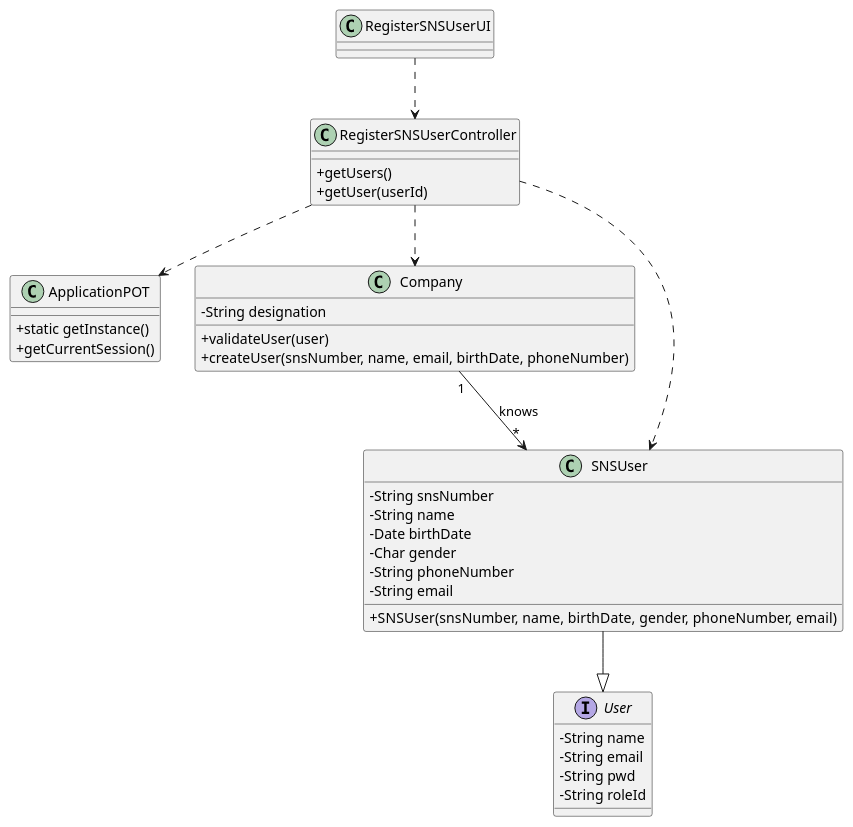
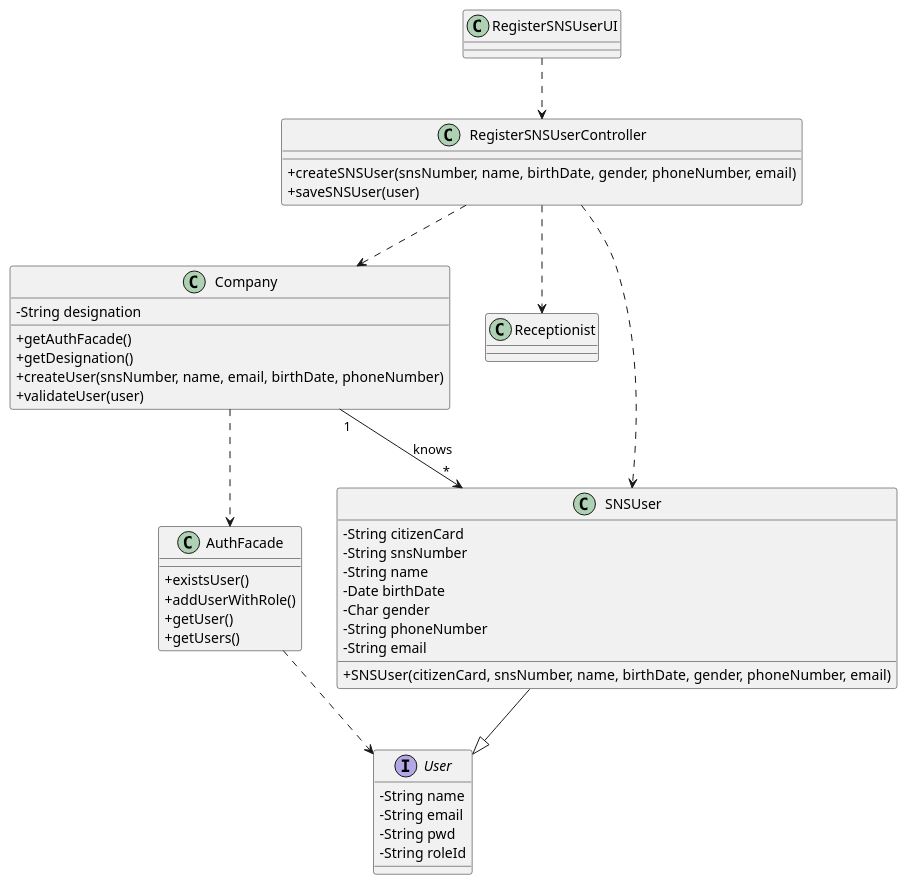
Before and after one commit to miseEnPlace-i/lapr2: the diagram in docs/SprintB/US03/CD/US03_CD.puml, drawn with PlantUML. The commit also changed 5 other files, not shown here.

Commit message:
docs(US03): update diagrams

```diff
--- a/docs/SprintB/US03/CD/US03_CD.puml
+++ b/docs/SprintB/US03/CD/US03_CD.puml
@@ -1,54 +1,72 @@
 @startuml Class Diagram
 skinparam classAttributeIconSize 0
 
-class ApplicationPOT {
-  + static getInstance()
-  + getCurrentSession()
+' class ApplicationPOT {
+'   + static getInstance()
+'   + getCurrentSession()
+' }
+
+class AuthFacade {
+  + existsUser()
+  + addUserWithRole()
+  + getUser()
+  + getUsers()
 }
 
 class Company {
   - String designation
+  + getAuthFacade()
+  + getDesignation()
+  + createUser(snsNumber, name, email, birthDate, phoneNumber)
   + validateUser(user)
-  + createUser(snsNumber, name, email, birthDate, phoneNumber)
+}
+
+class Receptionist {
+
 }
 
 class RegisterSNSUserController {
-  + getUsers()
-  + getUser(userId)
+  + createSNSUser(snsNumber, name, birthDate, gender, phoneNumber, email)
+  + saveSNSUser(user)
 }
 
 class RegisterSNSUserUI { }
 
 class SNSUser {
+  - String citizenCard
   - String snsNumber
   - String name
   - Date birthDate
   - Char gender
   - String phoneNumber
   - String email
-  + SNSUser(snsNumber, name, birthDate, gender, phoneNumber, email)
+  + SNSUser(citizenCard, snsNumber, name, birthDate, gender, phoneNumber, email)
 }
 
 interface User {
   - String name
   - String email
   - String pwd
   - String roleId
 }
 
 ' class UserSession {
 '   + getUserEmail()
 ' }
 
+AuthFacade ..> User
+
 Company "1" --> "*" SNSUser : knows
+Company ..> AuthFacade
 
-RegisterSNSUserController ..> ApplicationPOT
+' RegisterSNSUserController ..> ApplicationPOT
 RegisterSNSUserController ..> Company
+RegisterSNSUserController ..> Receptionist
 RegisterSNSUserController ..> SNSUser
 ' RegisterSNSUserController ..> UserSession
 
 RegisterSNSUserUI ..> RegisterSNSUserController
 
 SNSUser --|> User
 
 @enduml
```
